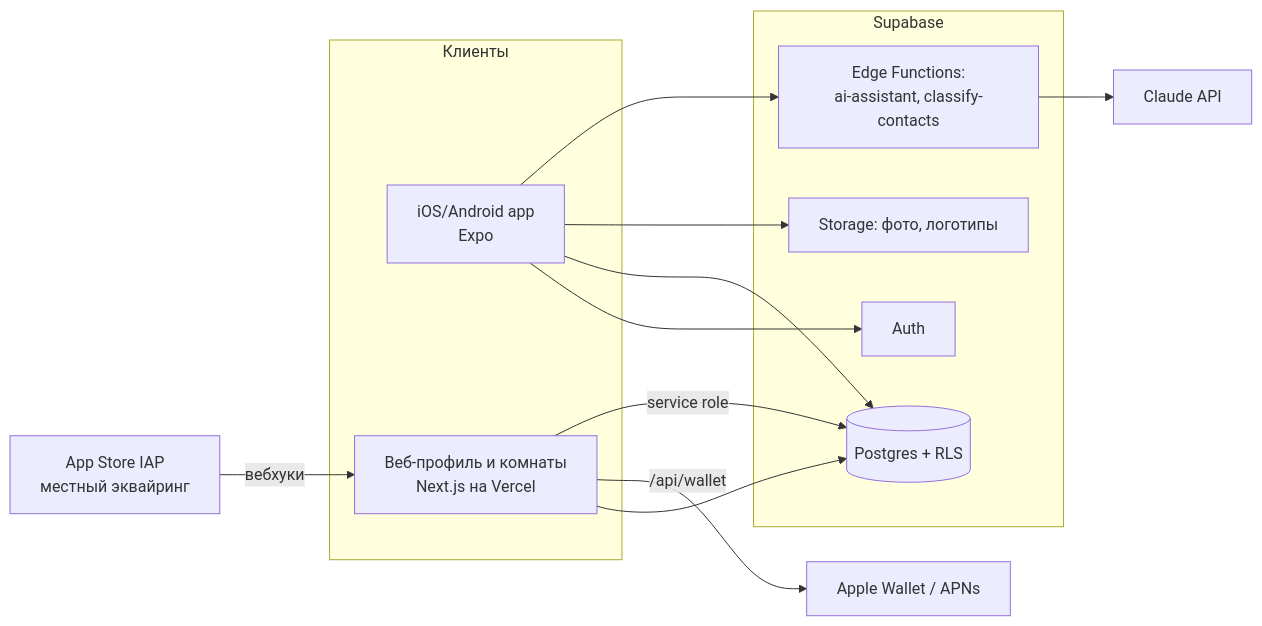
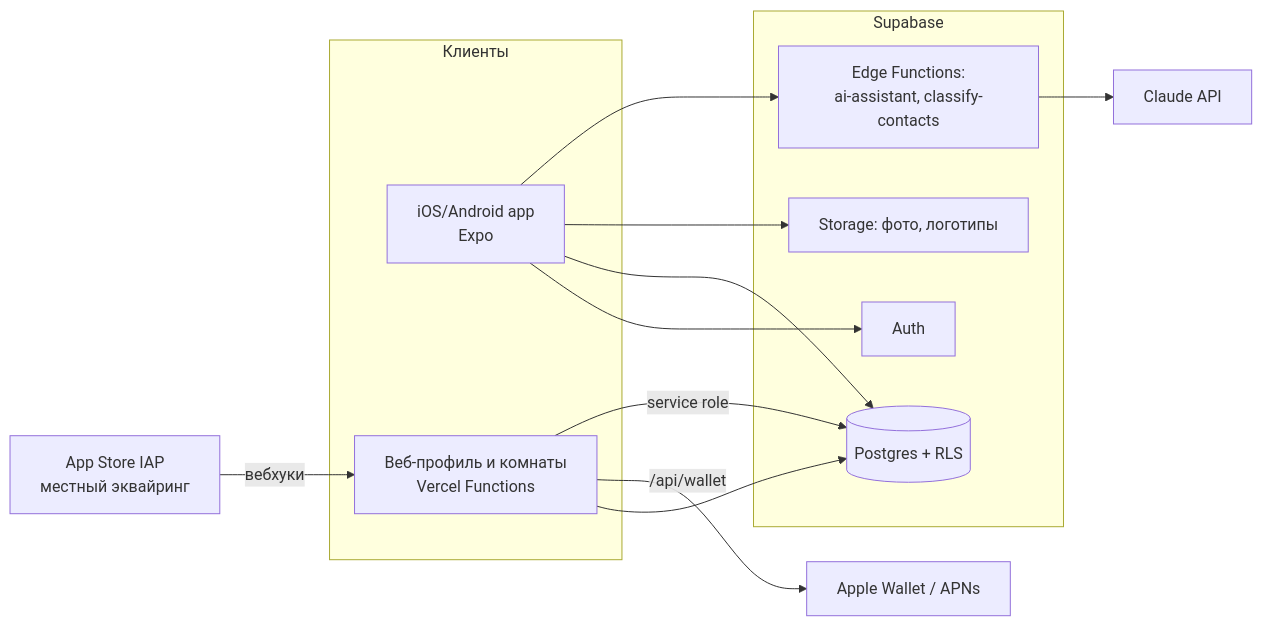
One commit to hooovog-hub/smart-contacts changed the diagram in docs/03-architecture/ARCHITECTURE.md. Above: the diagram before and after it, drawn with Mermaid. The commit also changed other lines of this file and 19 other files, not shown here.

First line of the commit message:
refactor(web): replace Next.js with plain Vercel Functions to fix deploy

````diff
--- a/docs/03-architecture/ARCHITECTURE.md
+++ b/docs/03-architecture/ARCHITECTURE.md
@@ -5,26 +5,26 @@
 ```mermaid
 graph LR
   subgraph Клиенты
     M[iOS/Android app<br/>Expo]
-    W[Веб-профиль и комнаты<br/>Next.js на Vercel]
+    W[Веб-профиль и комнаты<br/>Vercel Functions]
   end
   subgraph Supabase
     A[Auth]
     DB[(Postgres + RLS)]
     S[Storage: фото, логотипы]
     EF[Edge Functions:<br/>ai-assistant, classify-contacts]
   end
   C[Claude API]
   APN[Apple Wallet / APNs]
   PAY[App Store IAP<br/>местный эквайринг]
 
   M --> A
   M --> DB
   M --> S
   M --> EF
   W --> DB
   W -->|/api/wallet| APN
   EF --> C
   PAY -->|вебхуки| W
   W -->|service role| DB
 ```
````
